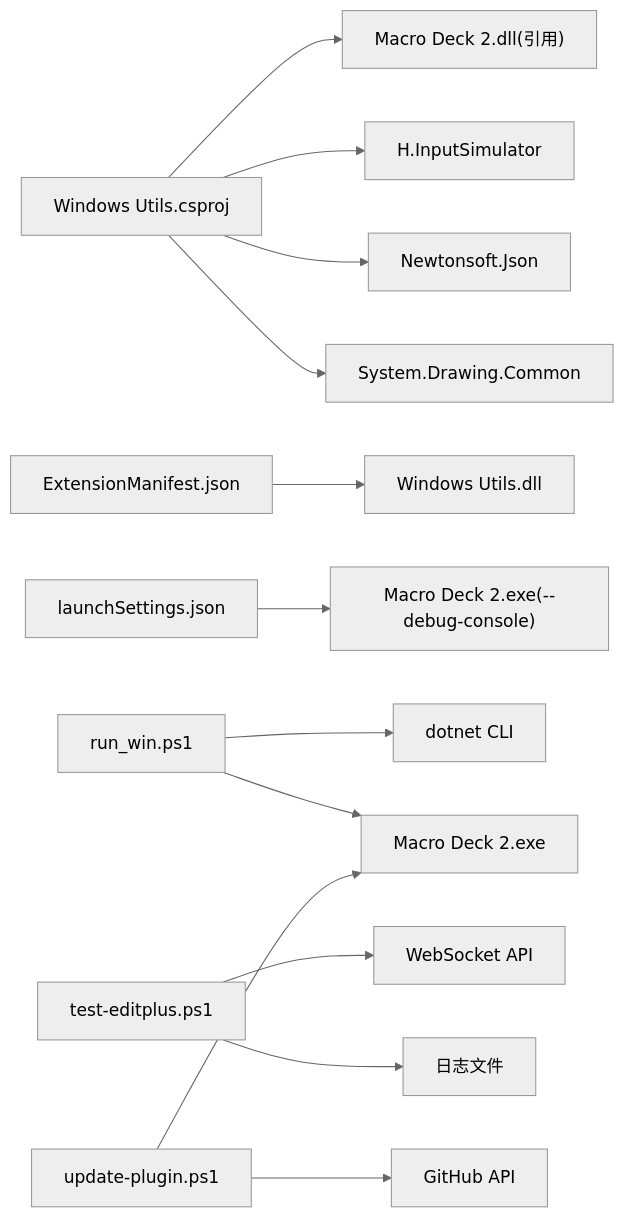
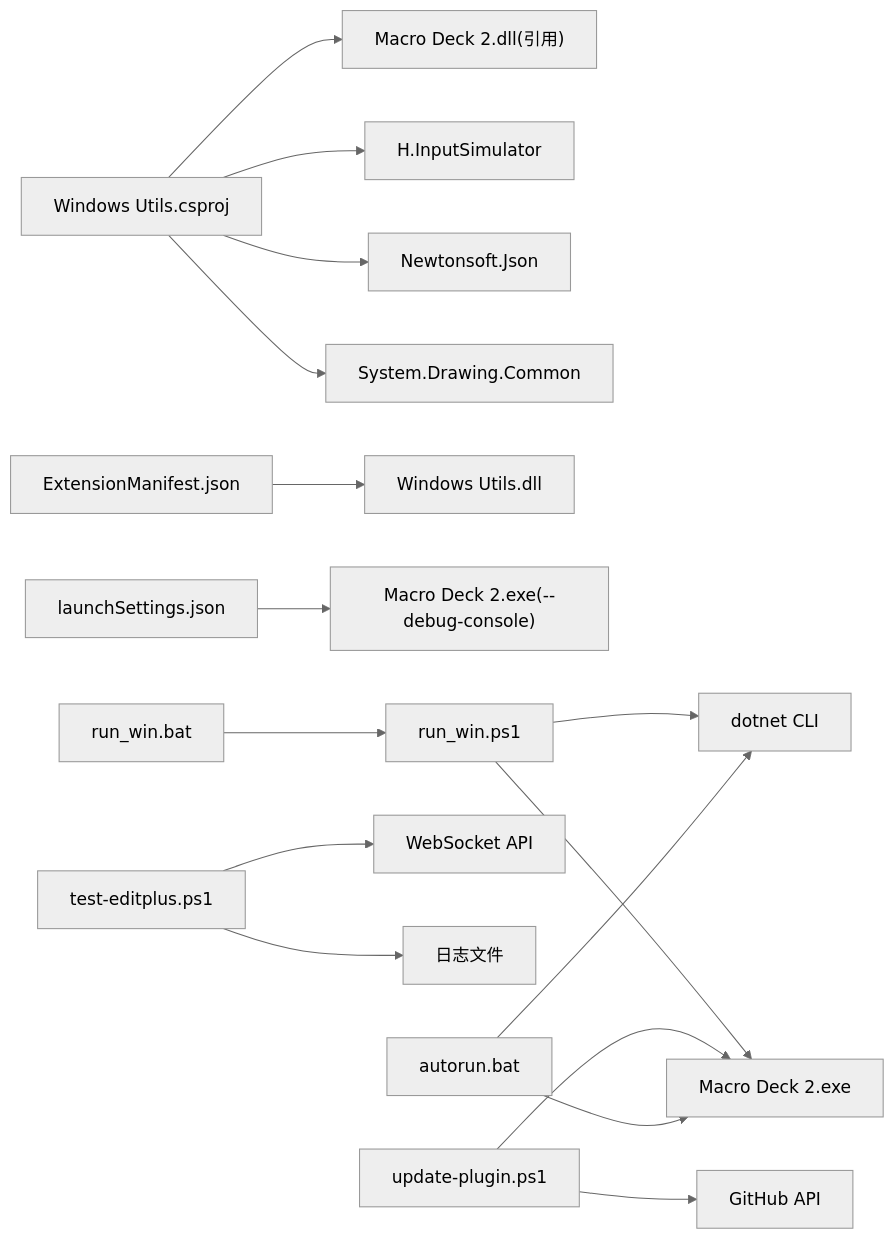
Before and after one commit to tea4go/Macro-Deck-Windows-Utils-Plugin: diagram 18 of 18 in .qoder/repowiki/zh/content/开发者指南/测试与调试.md, drawn with Mermaid (neutral theme). The commit also changed other lines of this file and 13 other files, not shown here.

````diff
--- a/.qoder/repowiki/zh/content/开发者指南/测试与调试.md
+++ b/.qoder/repowiki/zh/content/开发者指南/测试与调试.md
@@ -531,15 +561,18 @@
 ```mermaid
 graph LR
 Proj["Windows Utils.csproj"] --> Ref["Macro Deck 2.dll(引用)"]
 Proj --> Nu1["H.InputSimulator"]
 Proj --> Nu2["Newtonsoft.Json"]
 Proj --> Nu3["System.Drawing.Common"]
 Man["ExtensionManifest.json"] --> Dll["Windows Utils.dll"]
 Launch["launchSettings.json"] --> Host["Macro Deck 2.exe(--debug-console)"]
 PS["run_win.ps1"] --> Dotnet["dotnet CLI"]
 PS --> MacroDeck["Macro Deck 2.exe"]
+BAT["run_win.bat"] --> PS
 Test["test-editplus.ps1"] --> WS["WebSocket API"]
 Test --> Log["日志文件"]
 Update["update-plugin.ps1"] --> GH["GitHub API"]
 Update --> MacroDeck
+Autorun["autorun.bat"] --> Dotnet
+Autorun --> MacroDeck
 ```
````
